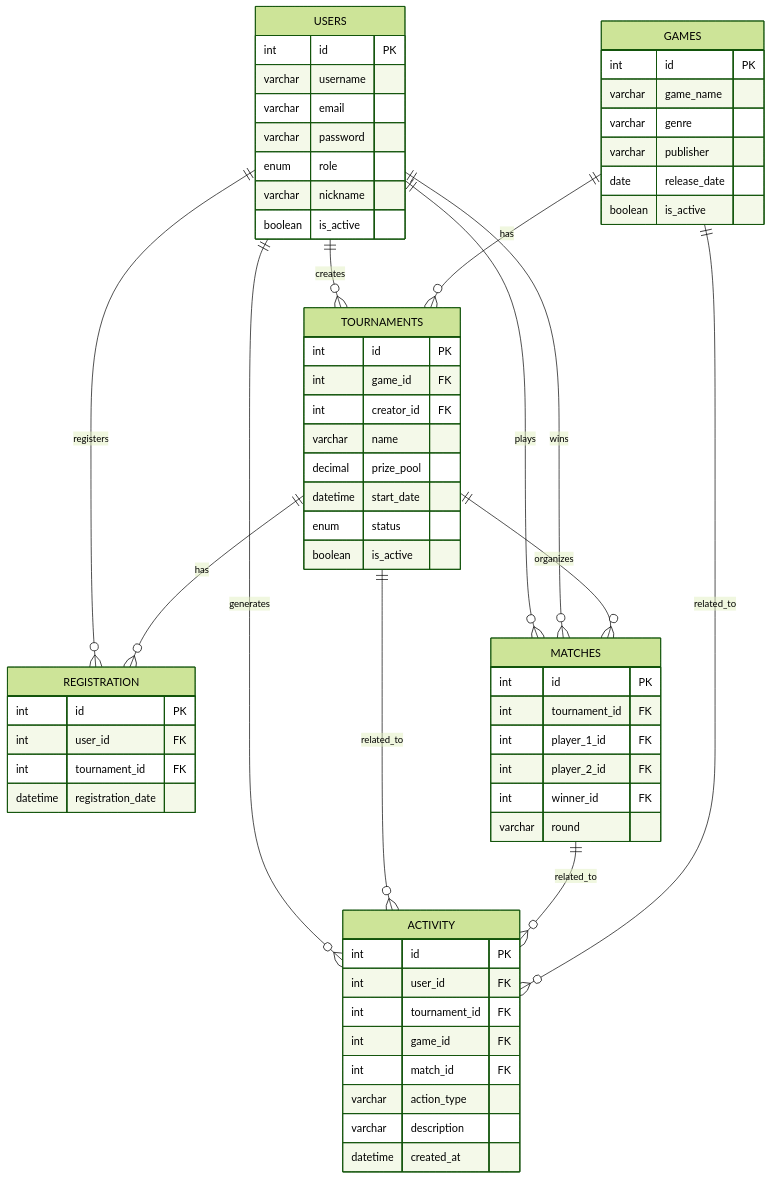
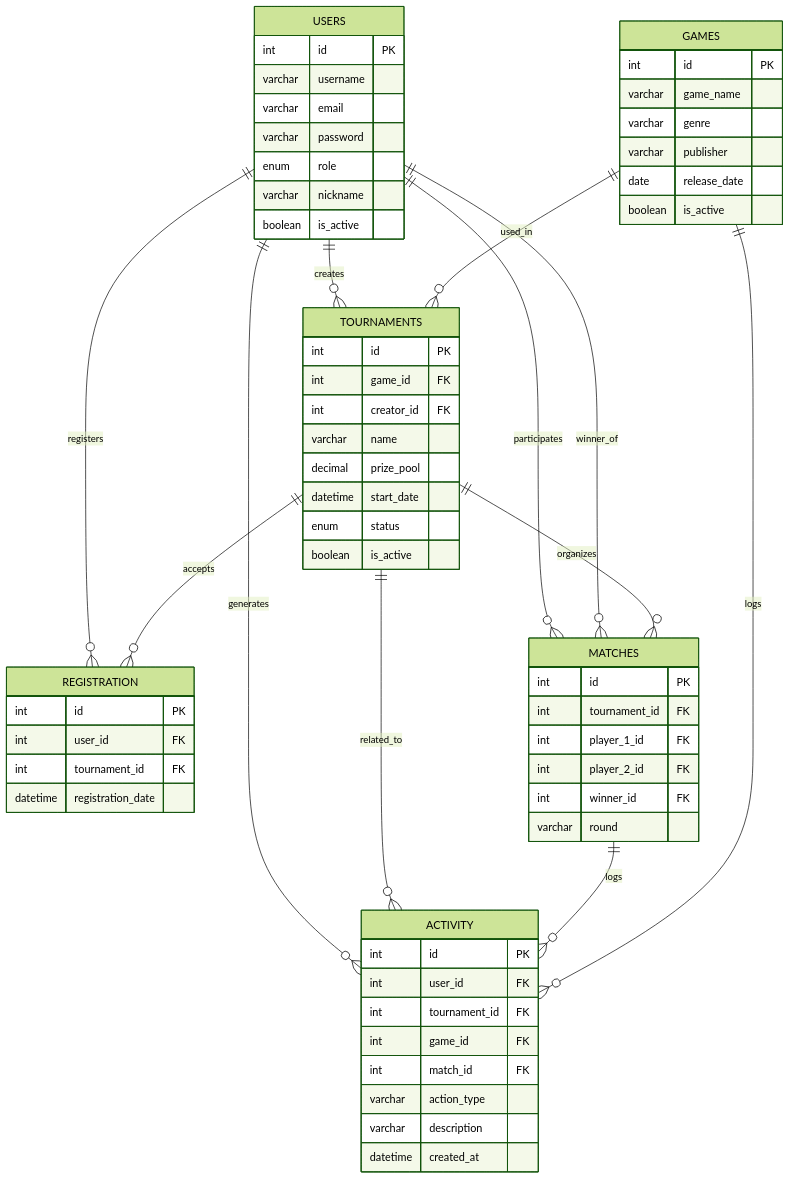
The diagram in docs/erd_diagram.md (olazocaamano/VideoGames-Tournament), drawn with Mermaid (forest theme) before and after one commit. The commit also changed 1 other file, not shown here.

Commit message:
[DB]-v0.7.206 - Correction of Relationship Names

````diff
--- a/docs/erd_diagram.md
+++ b/docs/erd_diagram.md
@@ -1,74 +1,74 @@
 ```mermaid
 erDiagram
     USERS ||--o{ TOURNAMENTS : creates
     USERS ||--o{ REGISTRATION : registers
-    USERS ||--o{ MATCHES : plays
-    USERS ||--o{ MATCHES : wins
+    USERS ||--o{ MATCHES : participates
+    USERS ||--o{ MATCHES : winner_of
     USERS ||--o{ ACTIVITY : generates
 
-    GAMES ||--o{ TOURNAMENTS : has
+    GAMES ||--o{ TOURNAMENTS : used_in
 
-    TOURNAMENTS ||--o{ REGISTRATION : has
+    TOURNAMENTS ||--o{ REGISTRATION : accepts
     TOURNAMENTS ||--o{ MATCHES : organizes
     TOURNAMENTS ||--o{ ACTIVITY : related_to
 
-    MATCHES ||--o{ ACTIVITY : related_to
-    GAMES ||--o{ ACTIVITY : related_to
+    MATCHES ||--o{ ACTIVITY : logs
+    GAMES ||--o{ ACTIVITY : logs
 
     USERS {
         int id PK
         varchar username
         varchar email
         varchar password
         enum role
         varchar nickname
         boolean is_active
     }
 
     GAMES {
         int id PK
         varchar game_name
         varchar genre
         varchar publisher
         date release_date
         boolean is_active
     }
 
     TOURNAMENTS {
         int id PK
         int game_id FK
         int creator_id FK
         varchar name
         decimal prize_pool
         datetime start_date
         enum status
         boolean is_active
     }
 
     REGISTRATION {
         int id PK
         int user_id FK
         int tournament_id FK
         datetime registration_date
     }
 
     MATCHES {
         int id PK
         int tournament_id FK
         int player_1_id FK
         int player_2_id FK
         int winner_id FK
         varchar round
     }
 
     ACTIVITY {
         int id PK
         int user_id FK
         int tournament_id FK
         int game_id FK
         int match_id FK
         varchar action_type
         varchar description
         datetime created_at
     }
 ```
````
